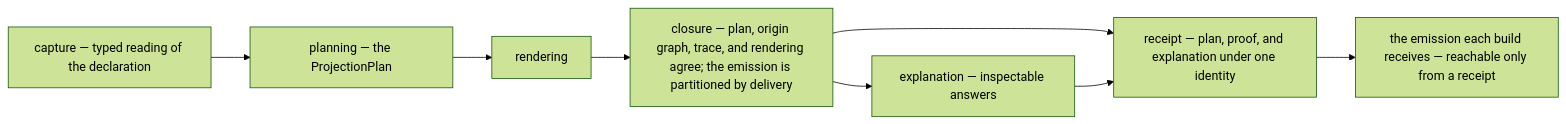
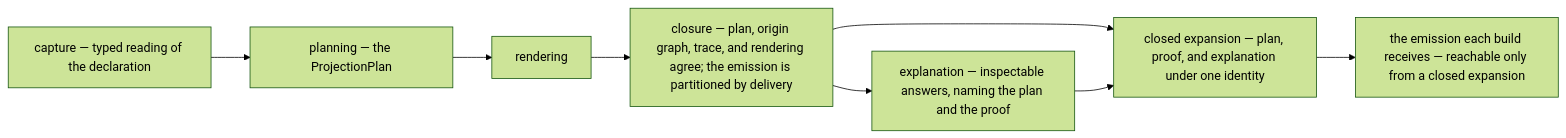
Before and after one commit to freebatteryfactory/Macroonz: the first of 2 diagrams in macros/macroc/README.md, drawn with Mermaid (forest theme). The commit also changed other lines of this file and 62 other files, not shown here.

````diff
--- a/macros/macroc/README.md
+++ b/macros/macroc/README.md
@@ -77,10 +86,10 @@
 ```mermaid
 flowchart LR
     CAP["capture — typed reading of the declaration"] --> PLAN["planning — the ProjectionPlan"]
     PLAN --> REN["rendering"]
     REN --> CLO["closure — plan, origin graph, trace, and rendering agree; the emission is partitioned by delivery"]
-    CLO --> EXP["explanation — inspectable answers"]
-    CLO --> REC["receipt — plan, proof, and explanation under one identity"]
-    EXP --> REC
-    REC --> TOK["the emission each build receives — reachable only from a receipt"]
+    CLO --> EXP["explanation — inspectable answers, naming the plan and the proof"]
+    CLO --> BIND["closed expansion — plan, proof, and explanation under one identity"]
+    EXP --> BIND
+    BIND --> TOK["the emission each build receives — reachable only from a closed expansion"]
 ```
````
